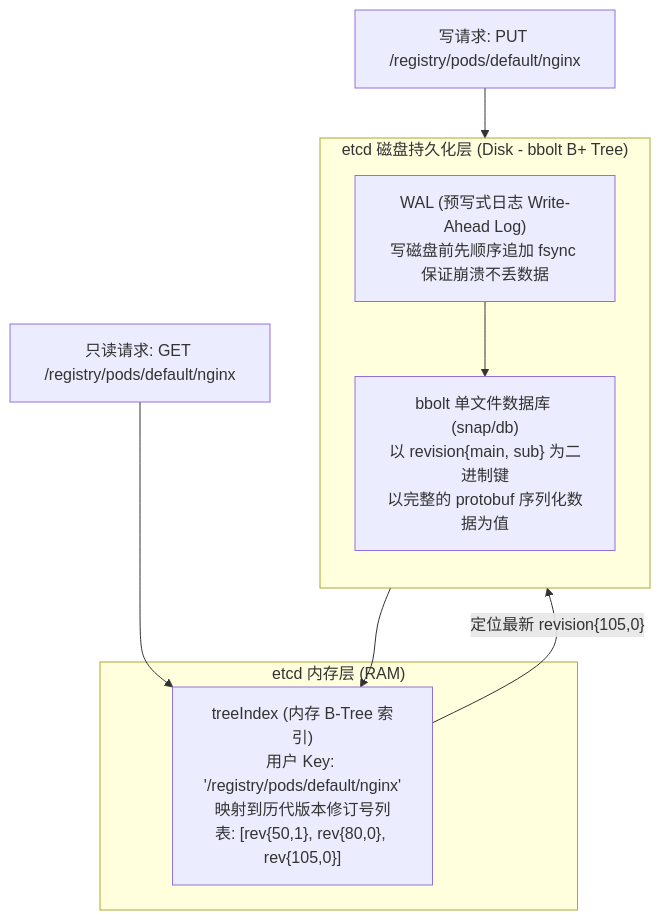
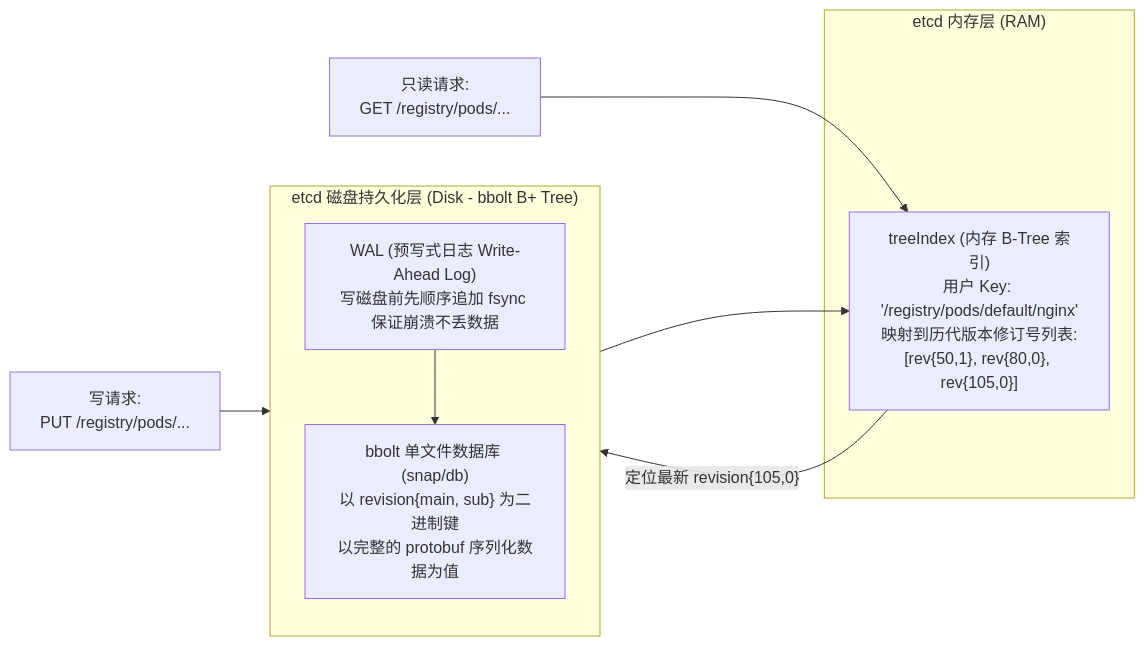
Before and after one commit to MoreConsequence/MoreConsequence.github.io: the fourth of 8 diagrams in content/posts/kubernetes-internals/k8s-02-architecture-declarative-api-control-loop.md, drawn with Mermaid. The commit also changed other lines of this file and 835 other files, not shown here.

First line of the commit message:
feat(blog): 全站33篇新增深度专栏与博文全量审核上线及矢量图表优化

````diff
--- a/content/posts/kubernetes-internals/k8s-02-architecture-declarative-api-control-loop.md
+++ b/content/posts/kubernetes-internals/k8s-02-architecture-declarative-api-control-loop.md
@@ -159,18 +159,18 @@
 ```mermaid
-flowchart TD
+flowchart LR
     subgraph RAM["etcd 内存层 (RAM)"]
-        TreeIndex["treeIndex (内存 B-Tree 索引)<br/>用户 Key: '/registry/pods/default/nginx'<br/>映射到历代版本修订号列表: [rev{50,1}, rev{80,0}, rev{105,0}]"]
+        TreeIndex["treeIndex (内存 B-Tree 索引)<br/>用户 Key: '/registry/pods/default/nginx'<br/>映射到历代版本修订号列表:<br/>[rev{50,1}, rev{80,0}, rev{105,0}]"]
     end
 
     subgraph Disk["etcd 磁盘持久化层 (Disk - bbolt B+ Tree)"]
         direction TB
+        WAL["WAL (预写式日志 Write-Ahead Log)<br/>写磁盘前先顺序追加 fsync 保证崩溃不丢数据"]
         Bbolt["bbolt 单文件数据库 (snap/db)<br/>以 revision{main, sub} 为二进制键<br/>以完整的 protobuf 序列化数据为值"]
-        WAL["WAL (预写式日志 Write-Ahead Log)<br/>写磁盘前先顺序追加 fsync 保证崩溃不丢数据"]
+        WAL --> Bbolt
     end
 
-    Query["只读请求: GET /registry/pods/default/nginx"] --> TreeIndex
+    Query["只读请求:<br/>GET /registry/pods/..."] --> TreeIndex
     TreeIndex -->|"定位最新 revision{105,0}"| Bbolt
-    Write["写请求: PUT /registry/pods/default/nginx"] --> WAL
-    WAL --> Bbolt
+    Write["写请求:<br/>PUT /registry/pods/..."] --> WAL
     Bbolt --> TreeIndex
 ```
````
